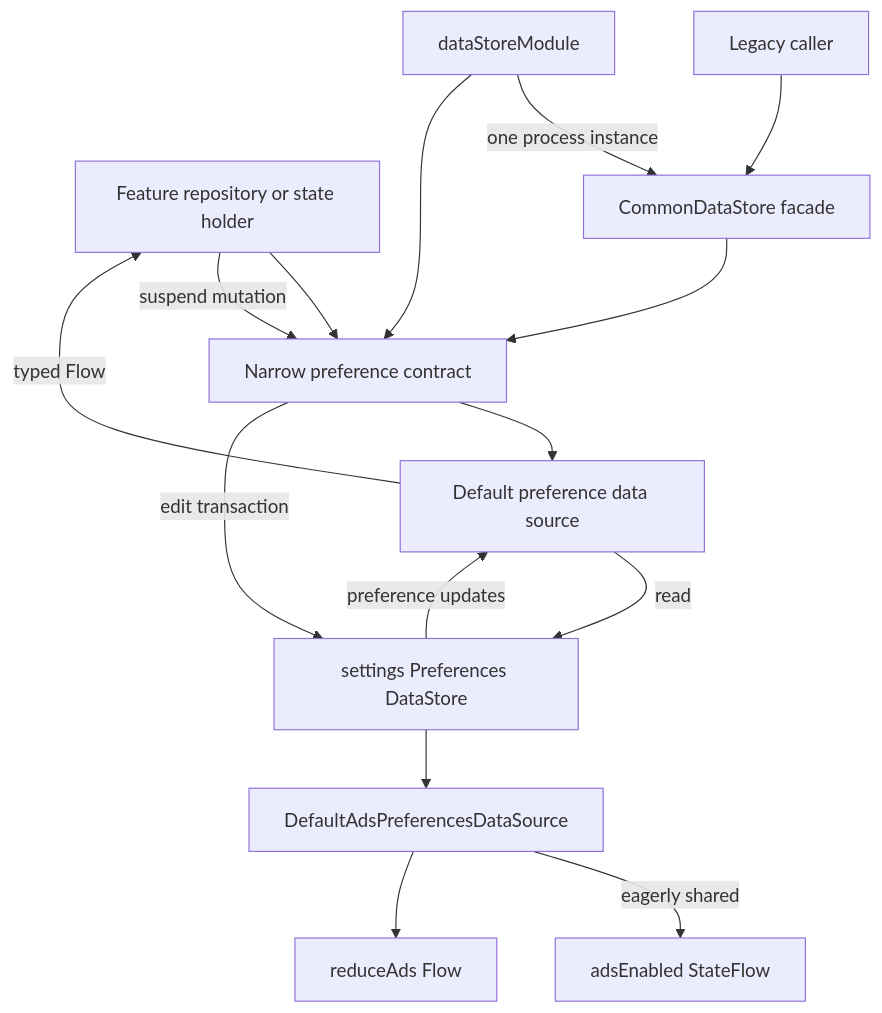
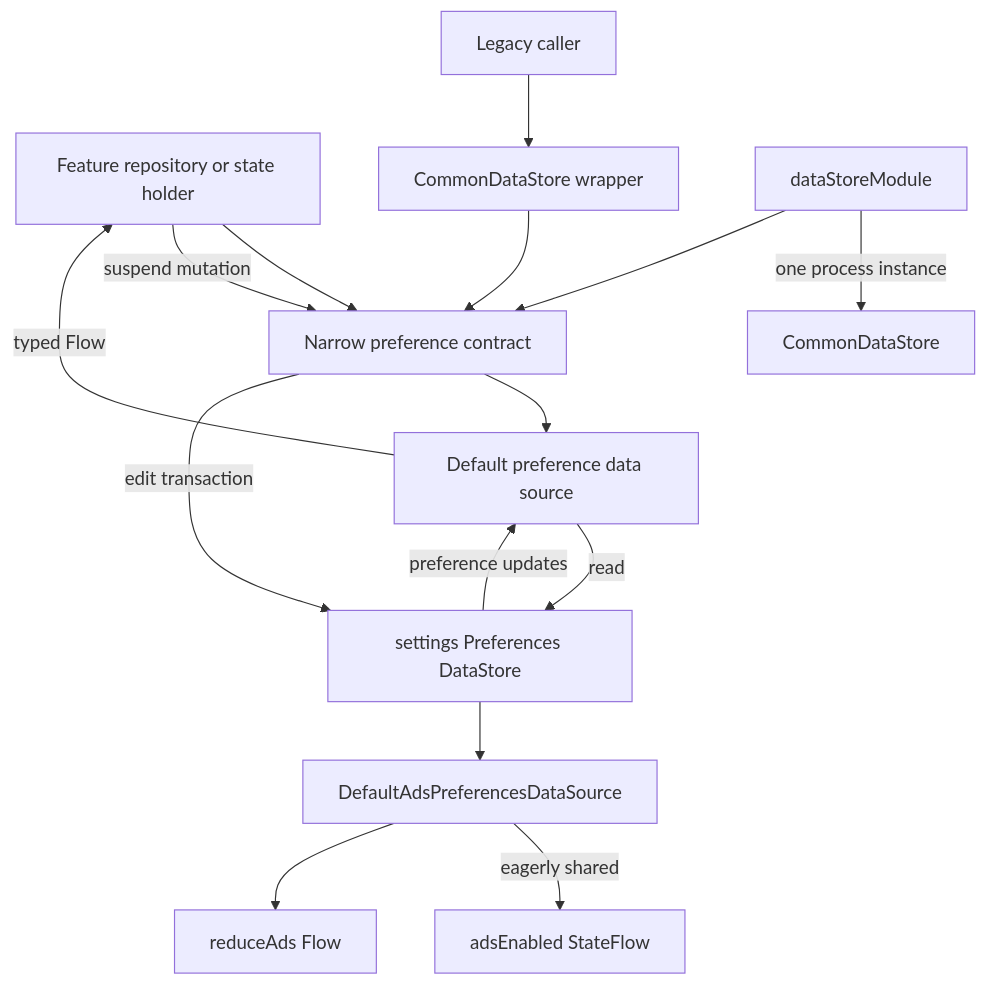
One commit to MihaiCristianCondrea/App-Toolkit-for-Android changed the diagram in library/core/datastore/README.md. Above: the diagram before and after it, drawn with Mermaid. The commit also changed other lines of this file and 25 other files, not shown here.

````diff
--- a/library/core/datastore/README.md
+++ b/library/core/datastore/README.md
@@ -42,17 +42,17 @@
 ```mermaid
 flowchart TD
     Caller[Feature repository or state holder] --> Narrow["Narrow preference contract"]
-    Legacy[Legacy caller] --> Facade[CommonDataStore facade]
-    Facade --> Narrow
+    Legacy[Legacy caller] --> Wrapper[CommonDataStore wrapper]
+    Wrapper --> Narrow
     Narrow --> Source[Default preference data source]
     Source -->|read| Store["settings Preferences DataStore"]
     Caller -->|suspend mutation| Narrow
     Narrow -->|edit transaction| Store
     Store -->|preference updates| Source
     Source -->|typed Flow| Caller
     Ads[DefaultAdsPreferencesDataSource] -->|eagerly shared| AdsState[adsEnabled StateFlow]
     Ads --> Reduce[reduceAds Flow]
     Store --> Ads
-    Module[dataStoreModule] -->|one process instance| Facade
+    Module[dataStoreModule] -->|one process instance| CommonDataStore
     Module --> Narrow
 ```
````
